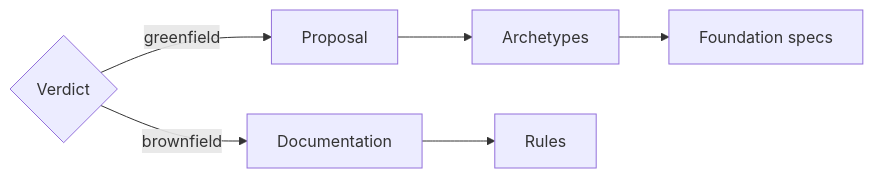
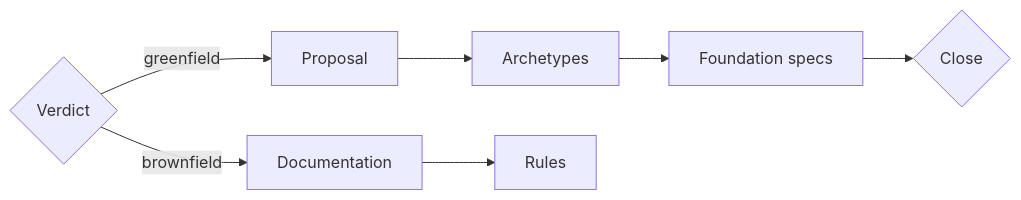
The diagram in docs/engineering/foundation.md (AIDDbot/AIDDbot), drawn with Mermaid before and after one commit. The commit also changed other lines of this file and 9 other files, not shown here.

````diff
--- a/docs/engineering/foundation.md
+++ b/docs/engineering/foundation.md
@@ -5,5 +5,5 @@
 ```mermaid
 flowchart LR
-    V{Verdict} -->|greenfield| G[Proposal] --> A[Archetypes] --> S[Foundation specs]
+    V{Verdict} -->|greenfield| G[Proposal] --> A[Archetypes] --> S[Foundation specs] --> C{Close}
     V -->|brownfield| D[Documentation] --> R[Rules]
 ```
````
